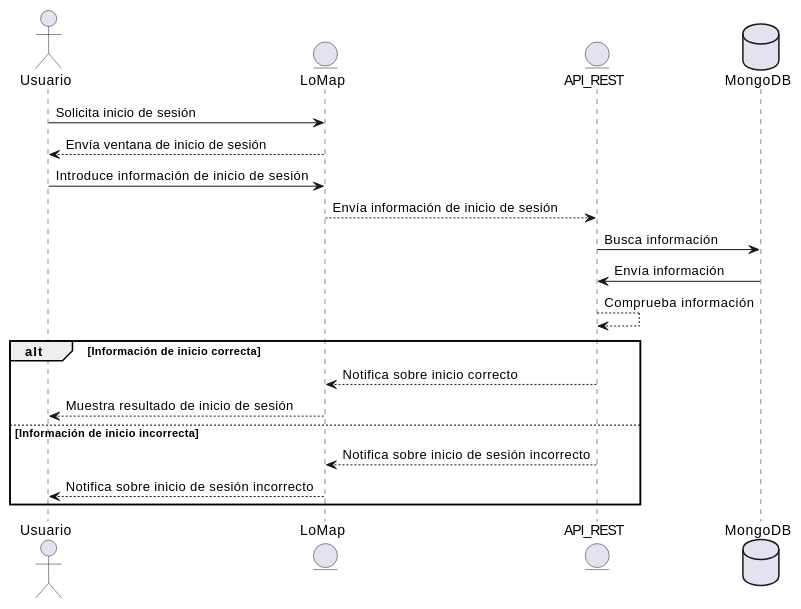
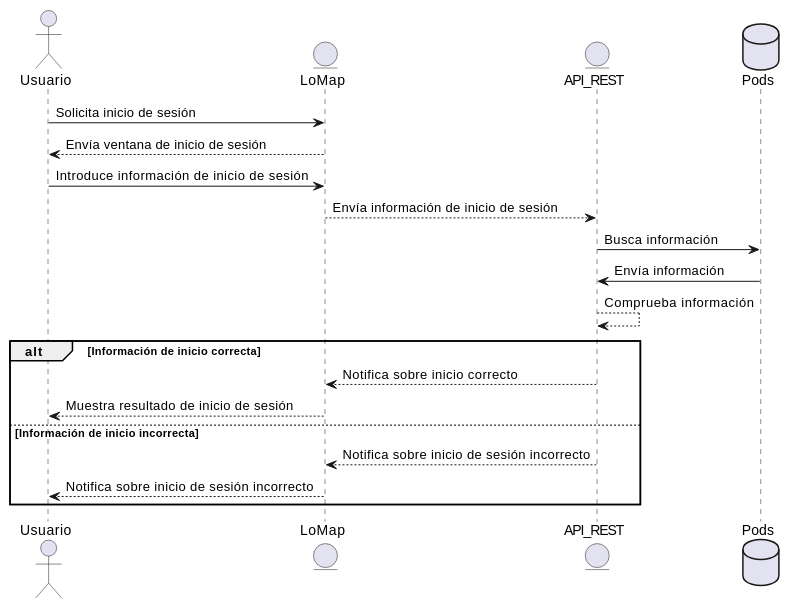
One commit to Arquisoft/lomap_es3c changed the ninth of 16 diagrams in docs/06_runtime_view.adoc. Above: the diagram before and after it, drawn with PlantUML. The commit also changed other lines of this file, not shown here.

```diff
--- a/docs/06_runtime_view.adoc
+++ b/docs/06_runtime_view.adoc
@@ -150,21 +141,21 @@
 [plantuml,"Sequence diagram2",png]
 ----
 actor Usuario
 entity LoMap
 Usuario -> LoMap: Solicita inicio de sesión
 entity API_REST
-database MongoDB as "MongoDB"
+database Pods as "Pods"
 LoMap--> Usuario: Envía ventana de inicio de sesión
 Usuario -> LoMap: Introduce información de inicio de sesión
 LoMap--> API_REST: Envía información de inicio de sesión
-API_REST -> MongoDB: Busca información
-MongoDB -> API_REST: Envía información
+API_REST -> Pods: Busca información
+Pods -> API_REST: Envía información
 API_REST--> API_REST: Comprueba información
 alt Información de inicio correcta
 API_REST--> LoMap: Notifica sobre inicio correcto
 LoMap--> Usuario: Muestra resultado de inicio de sesión
 else Información de inicio incorrecta
 API_REST--> LoMap: Notifica sobre inicio de sesión incorrecto
 LoMap--> Usuario: Notifica sobre inicio de sesión incorrecto
 end
 ----
```
